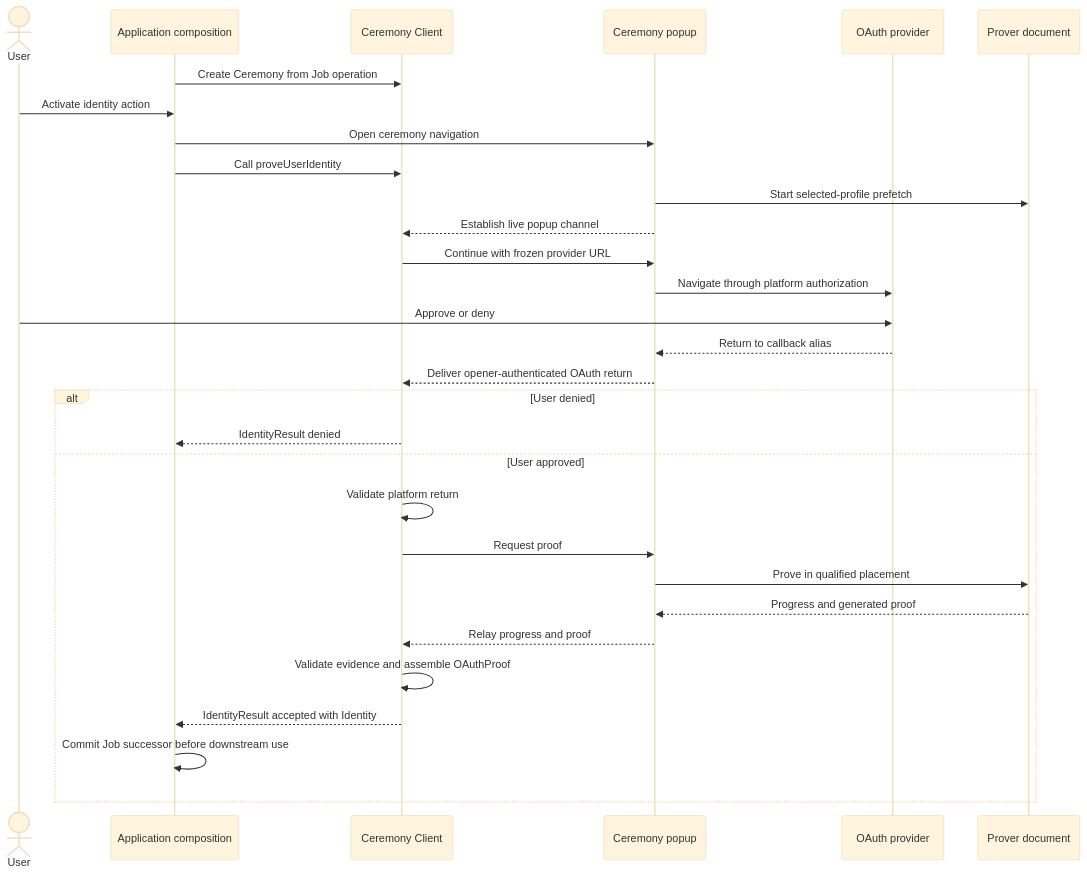
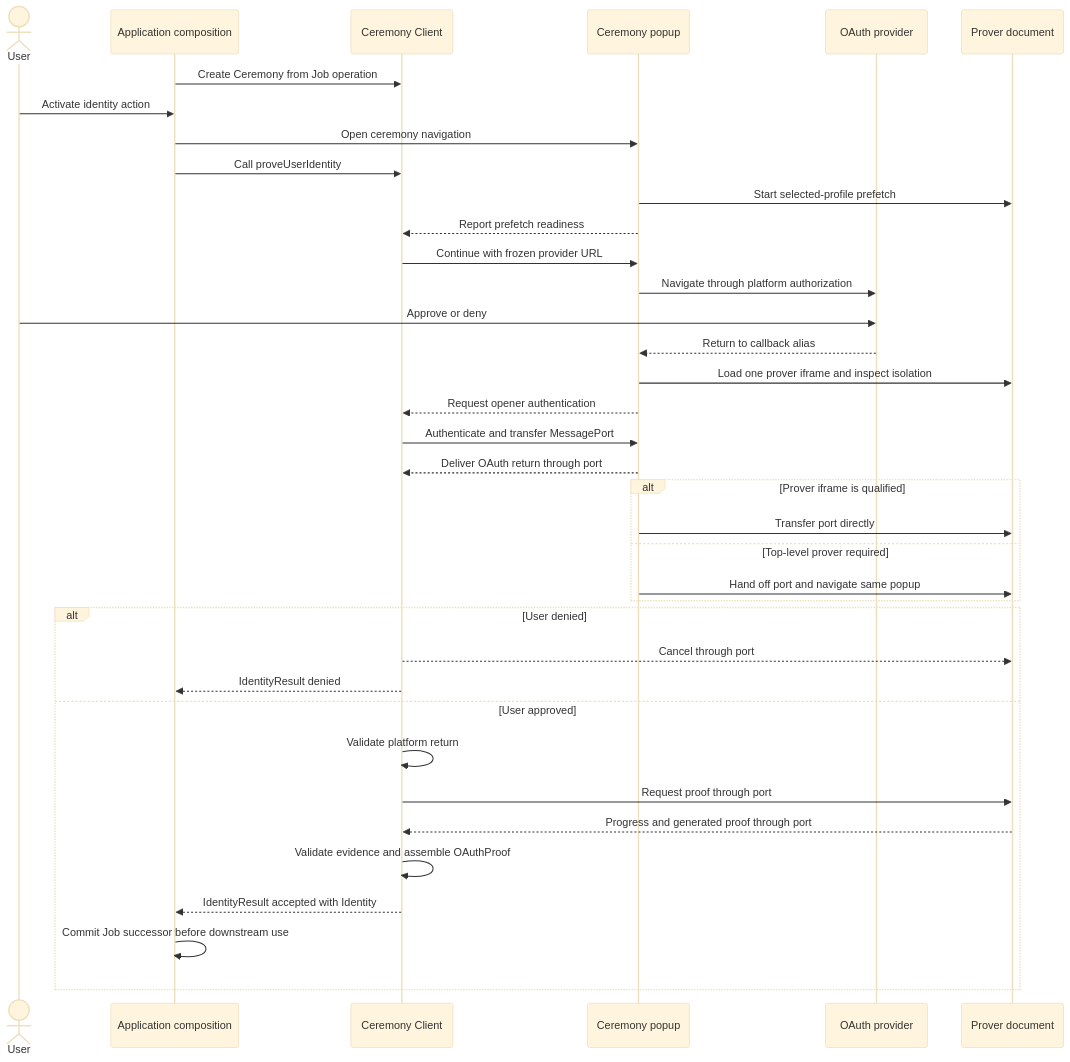
One commit to libid-org/libid changed the diagram in ts/packages/ceremony/ARCHITECTURE.md. Above: the diagram before and after it, drawn with Mermaid (base theme). The commit also changed other lines of this file and 5 other files, not shown here.

Commit message:
docs(ceremony): simplify browser architecture

````diff
--- a/ts/packages/ceremony/ARCHITECTURE.md
+++ b/ts/packages/ceremony/ARCHITECTURE.md
@@ -38,33 +38,40 @@
 ```mermaid
 sequenceDiagram
     actor U as User
     participant A as Application composition
     participant C as Ceremony Client
     participant P as Ceremony popup
     participant O as OAuth provider
     participant R as Prover document
 
     A->>C: Create Ceremony from Job operation
     U->>A: Activate identity action
     A->>P: Open ceremony navigation
     A->>C: Call proveUserIdentity
     P->>R: Start selected-profile prefetch
-    P-->>C: Establish live popup channel
+    P-->>C: Report prefetch readiness
     C->>P: Continue with frozen provider URL
     P->>O: Navigate through platform authorization
     U->>O: Approve or deny
     O-->>P: Return to callback alias
-    P-->>C: Deliver opener-authenticated OAuth return
+    P->>R: Load one prover iframe and inspect isolation
+    P-->>C: Request opener authentication
+    C->>P: Authenticate and transfer MessagePort
+    P-->>C: Deliver OAuth return through port
+    alt Prover iframe is qualified
+        P->>R: Transfer port directly
+    else Top-level prover required
+        P->>R: Hand off port and navigate same popup
+    end
     alt User denied
+        C-->>R: Cancel through port
         C-->>A: IdentityResult denied
     else User approved
         C->>C: Validate platform return
-        C->>P: Request proof
-        P->>R: Prove in qualified placement
-        R-->>P: Progress and generated proof
-        P-->>C: Relay progress and proof
+        C->>R: Request proof through port
+        R-->>C: Progress and generated proof through port
         C->>C: Validate evidence and assemble OAuthProof
         C-->>A: IdentityResult accepted with Identity
         A->>A: Commit Job successor before downstream use
     end
 ```
````
